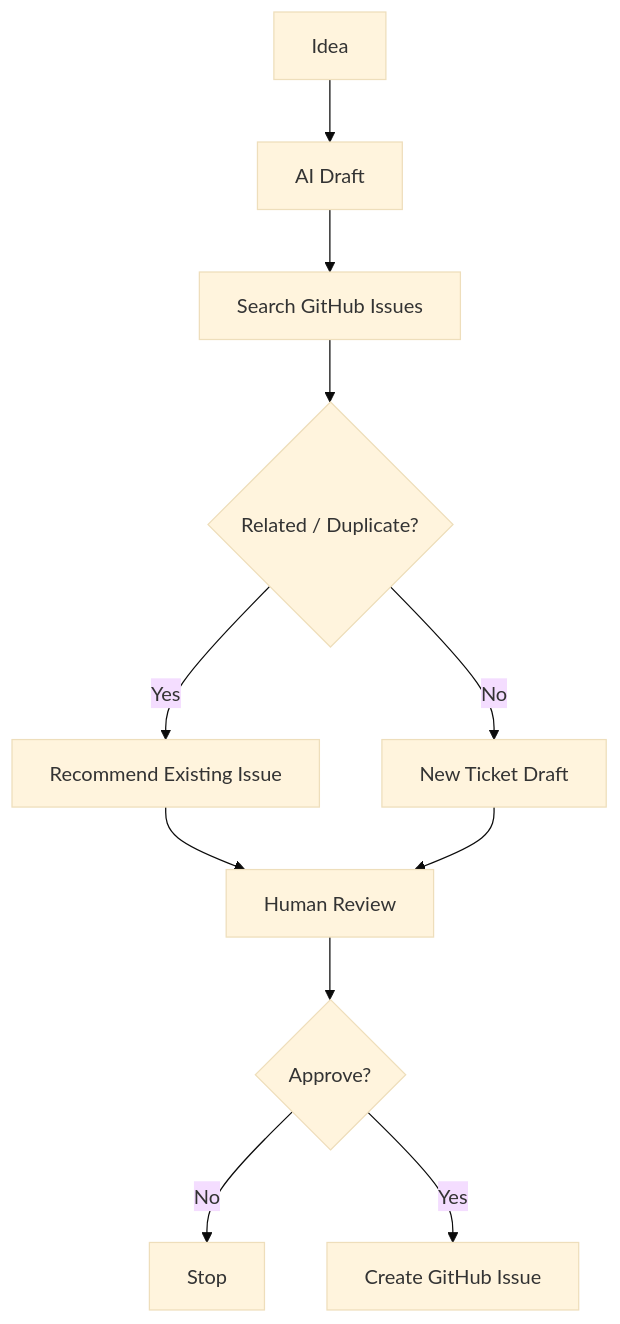
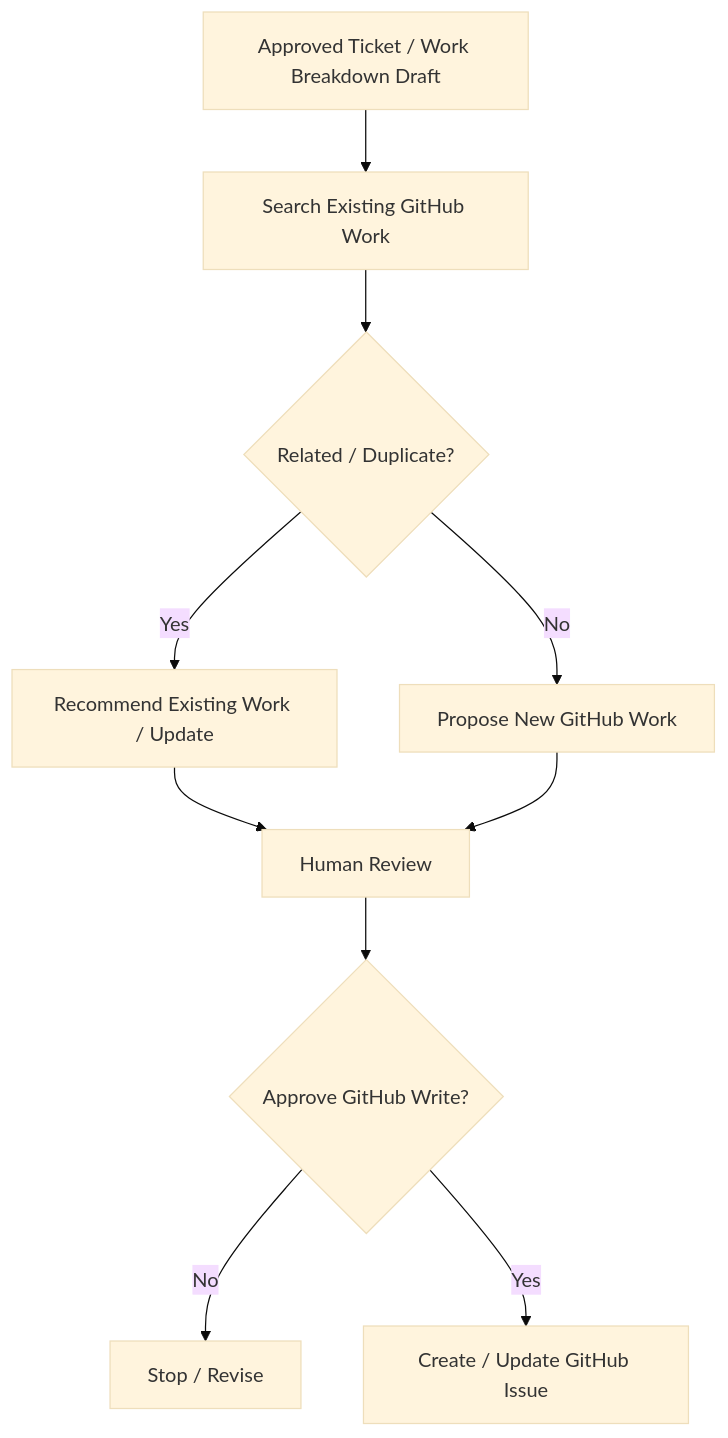
Before and after one commit to dawnluma/ai-dev-workflow: the tenth of 15 diagrams in README.md, drawn with Mermaid (base theme). The commit also changed other lines of this file and 13 other files, not shown here.

````diff
--- a/README.md
+++ b/README.md
@@ -1041,13 +1230,12 @@
 ```mermaid
 flowchart TD
-    A[Idea] --> B[AI Draft]
-    B --> C[Search GitHub Issues]
-    C --> D{Related / Duplicate?}
-    D -->|Yes| E[Recommend Existing Issue]
-    D -->|No| F[New Ticket Draft]
-    E --> G[Human Review]
-    F --> G
-    G --> H{Approve?}
-    H -->|No| I[Stop]
-    H -->|Yes| J[Create GitHub Issue]
+    A[Approved Ticket / Work Breakdown Draft] --> B[Search Existing GitHub Work]
+    B --> C{Related / Duplicate?}
+    C -->|Yes| D[Recommend Existing Work / Update]
+    C -->|No| E[Propose New GitHub Work]
+    D --> F[Human Review]
+    E --> F
+    F --> G{Approve GitHub Write?}
+    G -->|No| H[Stop / Revise]
+    G -->|Yes| I[Create / Update GitHub Issue]
 ```
````
